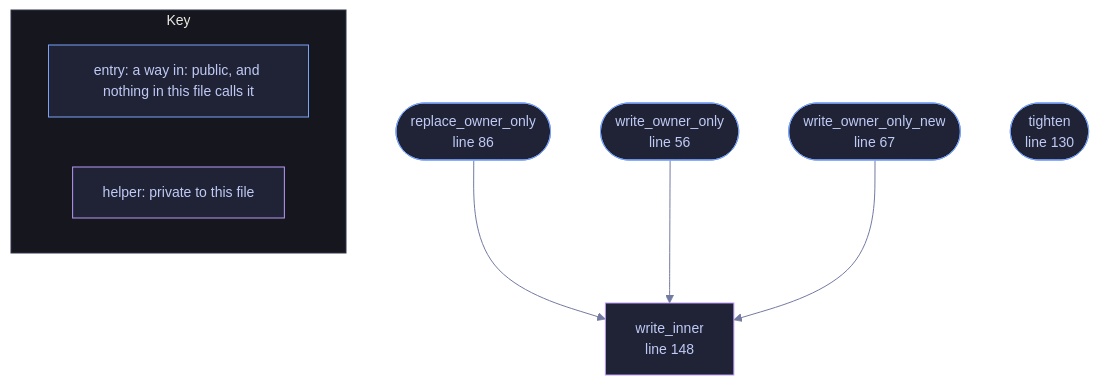
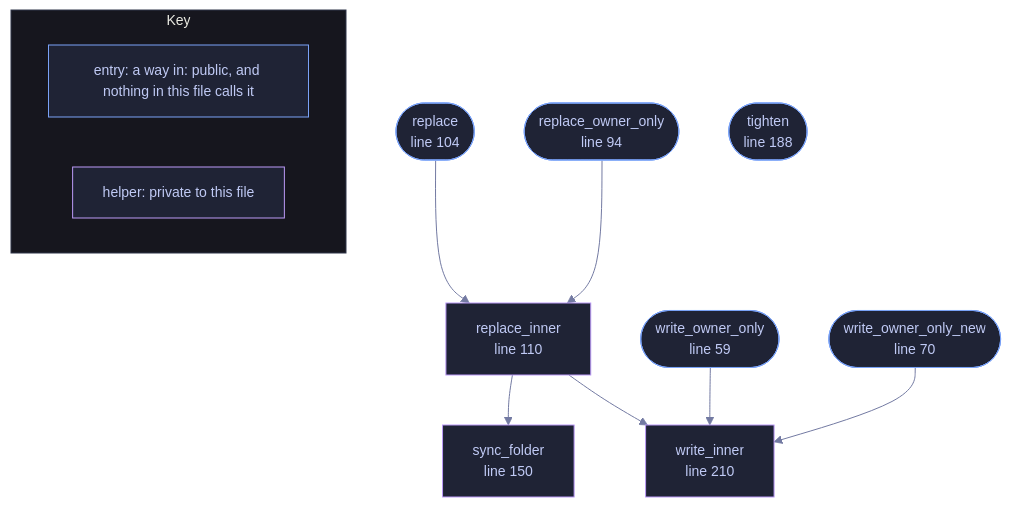
Before and after one commit to tilas01/veilvoice: the diagram in docs/files/veilvoice-crypto/privatefile.md, drawn with Mermaid. The commit also changed other lines of this file and 514 other files, not shown here.

````diff
--- a/docs/files/veilvoice-crypto/privatefile.md
+++ b/docs/files/veilvoice-crypto/privatefile.md
@@ -103,28 +112,37 @@
 ```mermaid
 %%{init: {"theme":"base","themeVariables":{"background":"#1a1b26","primaryColor":"#1f2335","primaryTextColor":"#c0caf5","primaryBorderColor":"#7aa2f7","secondaryColor":"#16161e","tertiaryColor":"#16161e","lineColor":"#737aa2","textColor":"#c0caf5","mainBkg":"#1f2335","nodeBorder":"#7aa2f7","clusterBkg":"#16161e","clusterBorder":"#2f3549","fontFamily":"ui-monospace, SFMono-Regular, Consolas, monospace","fontSize":"14px"}}}%%
 flowchart TD
-    n_write_owner_only(["write_owner_only<br/>line 56"])
-    n_write_owner_only_new(["write_owner_only_new<br/>line 67"])
-    n_replace_owner_only(["replace_owner_only<br/>line 86"])
-    n_tighten(["tighten<br/>line 130"])
-    n_write_inner["write_inner<br/>line 148"]
-    n_replace_owner_only --> n_write_inner
+    n_write_owner_only(["write_owner_only<br/>line 59"])
+    n_write_owner_only_new(["write_owner_only_new<br/>line 70"])
+    n_replace_owner_only(["replace_owner_only<br/>line 94"])
+    n_replace(["replace<br/>line 104"])
+    n_replace_inner["replace_inner<br/>line 110"]
+    n_sync_folder["sync_folder<br/>line 150"]
+    n_tighten(["tighten<br/>line 188"])
+    n_write_inner["write_inner<br/>line 210"]
+    n_replace --> n_replace_inner
+    n_replace_inner --> n_sync_folder
+    n_replace_inner --> n_write_inner
+    n_replace_owner_only --> n_replace_inner
     n_write_owner_only --> n_write_inner
     n_write_owner_only_new --> n_write_inner
-    click n_write_owner_only href "https://github.com/tilas01/veilvoice/blob/main/crates/veilvoice-crypto/src/privatefile.rs#L56" "open the source"
-    click n_write_owner_only_new href "https://github.com/tilas01/veilvoice/blob/main/crates/veilvoice-crypto/src/privatefile.rs#L67" "open the source"
-    click n_replace_owner_only href "https://github.com/tilas01/veilvoice/blob/main/crates/veilvoice-crypto/src/privatefile.rs#L86" "open the source"
-    click n_tighten href "https://github.com/tilas01/veilvoice/blob/main/crates/veilvoice-crypto/src/privatefile.rs#L130" "open the source"
-    click n_write_inner href "https://github.com/tilas01/veilvoice/blob/main/crates/veilvoice-crypto/src/privatefile.rs#L148" "open the source"
+    click n_write_owner_only href "https://github.com/tilas01/veilvoice/blob/main/crates/veilvoice-crypto/src/privatefile.rs#L59" "open the source"
+    click n_write_owner_only_new href "https://github.com/tilas01/veilvoice/blob/main/crates/veilvoice-crypto/src/privatefile.rs#L70" "open the source"
+    click n_replace_owner_only href "https://github.com/tilas01/veilvoice/blob/main/crates/veilvoice-crypto/src/privatefile.rs#L94" "open the source"
+    click n_replace href "https://github.com/tilas01/veilvoice/blob/main/crates/veilvoice-crypto/src/privatefile.rs#L104" "open the source"
+    click n_replace_inner href "https://github.com/tilas01/veilvoice/blob/main/crates/veilvoice-crypto/src/privatefile.rs#L110" "open the source"
+    click n_sync_folder href "https://github.com/tilas01/veilvoice/blob/main/crates/veilvoice-crypto/src/privatefile.rs#L150" "open the source"
+    click n_tighten href "https://github.com/tilas01/veilvoice/blob/main/crates/veilvoice-crypto/src/privatefile.rs#L188" "open the source"
+    click n_write_inner href "https://github.com/tilas01/veilvoice/blob/main/crates/veilvoice-crypto/src/privatefile.rs#L210" "open the source"
     classDef entry fill:#1f2335,stroke:#7aa2f7,color:#c0caf5
-    class n_write_owner_only,n_write_owner_only_new,n_replace_owner_only,n_tighten entry
+    class n_write_owner_only,n_write_owner_only_new,n_replace_owner_only,n_replace,n_tighten entry
     classDef helper fill:#1f2335,stroke:#bb9af7,color:#c0caf5
-    class n_write_inner helper
+    class n_replace_inner,n_sync_folder,n_write_inner helper
     subgraph chart_key ["Key"]
         direction LR
         key_entry["entry: a way in: public, and nothing in this file calls it"]
         key_helper["helper: private to this file"]
     end
     class key_entry entry
     class key_helper helper
 ```
````
